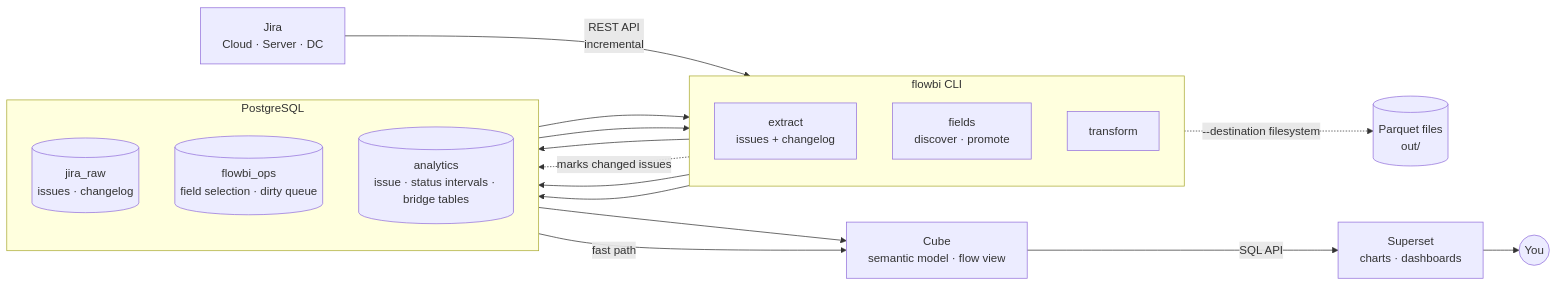
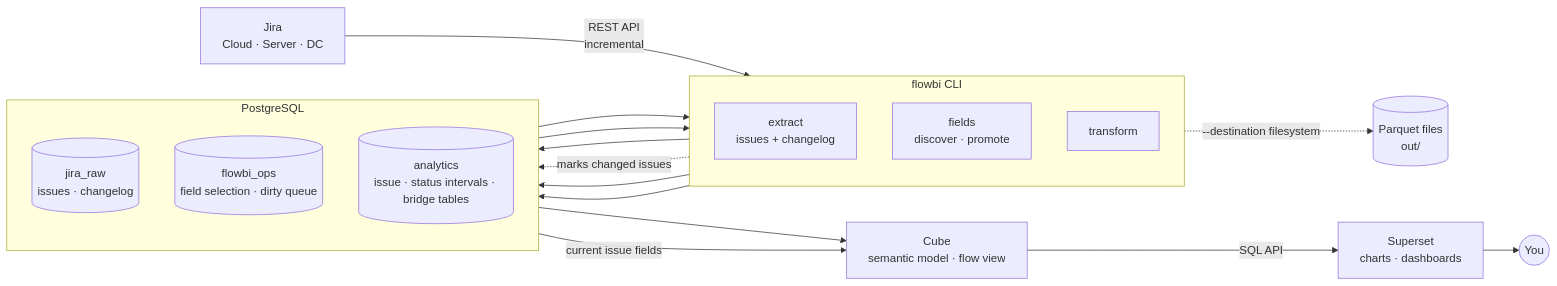
One commit to sunishbharat/open-flow-bi changed the diagram in README.md. Above: the diagram before and after it, drawn with Mermaid. The commit also changed other lines of this file and 1 other file, not shown here.

````diff
--- a/README.md
+++ b/README.md
@@ -8,36 +99,36 @@
 ```mermaid
 flowchart LR
     jira["Jira<br/>Cloud · Server · DC"]
 
     subgraph cli["flowbi CLI"]
         direction TB
         extract["extract<br/>issues + changelog"]
         fields["fields<br/>discover · promote"]
         transform["transform"]
     end
 
     subgraph pg["PostgreSQL"]
         direction TB
         raw[("jira_raw<br/>issues · changelog")]
         ops[("flowbi_ops<br/>field selection · dirty queue")]
         analytics[("analytics<br/>issue · status intervals · bridge tables")]
     end
 
     parquet[("Parquet files<br/>out/")]
     cube["Cube<br/>semantic model · flow view"]
     superset["Superset<br/>charts · dashboards"]
     user(("You"))
 
     jira -- "REST API<br/>incremental" --> extract
     extract --> raw
     extract -. "marks changed issues" .-> ops
     extract -. "--destination filesystem" .-> parquet
     fields --> ops
     raw --> transform
     ops --> transform
     transform --> analytics
     analytics --> cube
-    raw -- "fast path" --> cube
+    raw -- "current issue fields" --> cube
     cube -- "SQL API" --> superset
     superset --> user
 ```
````
